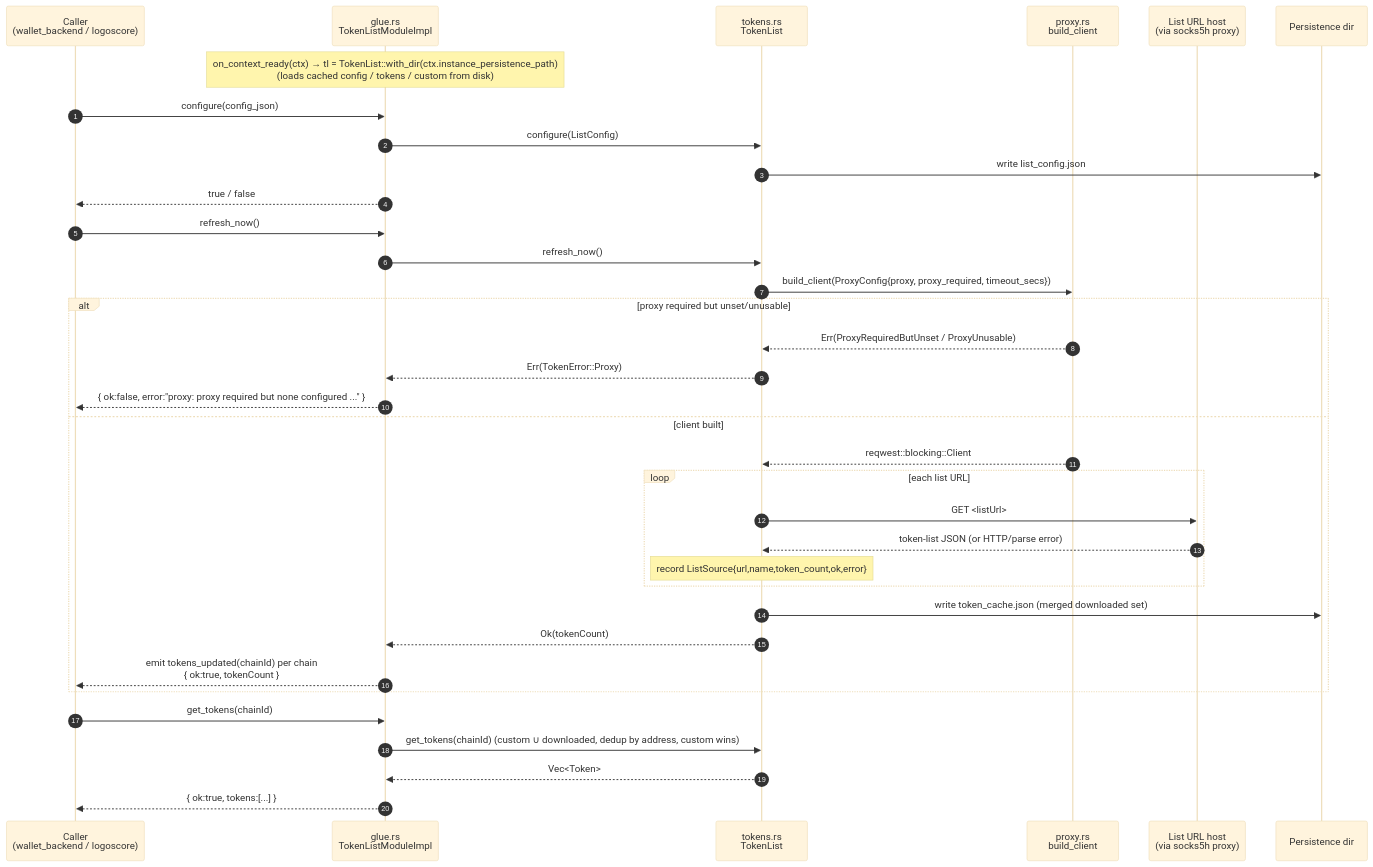
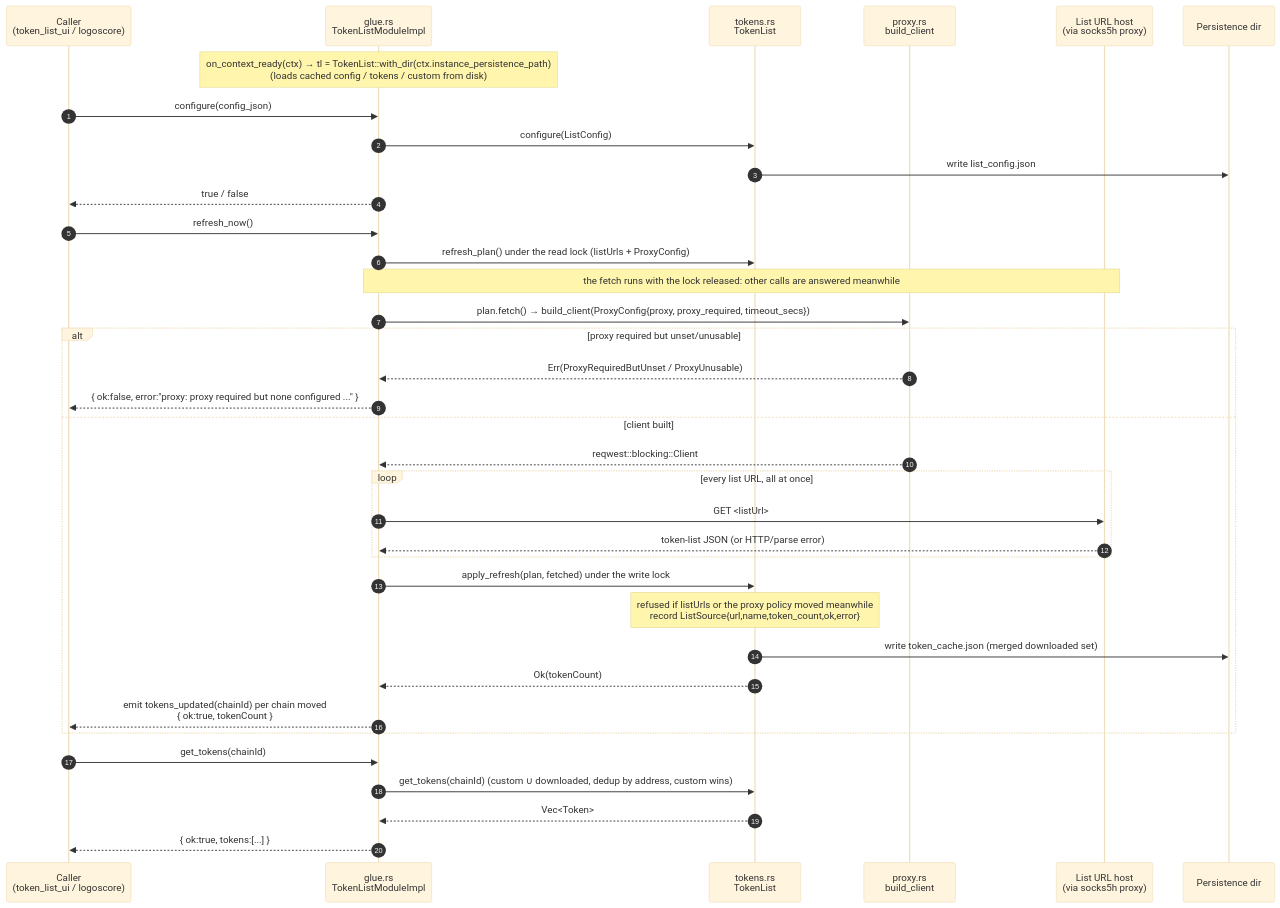
One commit to logos-co/logos-evm-token-list-module changed the second of 2 diagrams in docs/specs.md. Above: the diagram before and after it, drawn with Mermaid (base theme). The commit also changed other lines of this file and 6 other files, not shown here.

First line of the commit message:
fix: answer reads while a token list downloads (#11)

````diff
--- a/docs/specs.md
+++ b/docs/specs.md
@@ -107,41 +106,42 @@
 ```mermaid
 sequenceDiagram
     autonumber
-    participant C as Caller<br/>(wallet_backend / logoscore)
+    participant C as Caller<br/>(token_list_ui / logoscore)
     participant G as glue.rs<br/>TokenListModuleImpl
     participant T as tokens.rs<br/>TokenList
     participant P as proxy.rs<br/>build_client
     participant N as List URL host<br/>(via socks5h proxy)
     participant D as Persistence dir
 
     Note over G: on_context_ready(ctx) → tl = TokenList::with_dir(ctx.instance_persistence_path)<br/>(loads cached config / tokens / custom from disk)
 
     C->>G: configure(config_json)
     G->>T: configure(ListConfig)
     T->>D: write list_config.json
     G-->>C: true / false
 
     C->>G: refresh_now()
-    G->>T: refresh_now()
-    T->>P: build_client(ProxyConfig{proxy, proxy_required, timeout_secs})
+    G->>T: refresh_plan() under the read lock (listUrls + ProxyConfig)
+    Note over G,N: the fetch runs with the lock released: other calls are answered meanwhile
+    G->>P: plan.fetch() → build_client(ProxyConfig{proxy, proxy_required, timeout_secs})
     alt proxy required but unset/unusable
-        P-->>T: Err(ProxyRequiredButUnset / ProxyUnusable)
-        T-->>G: Err(TokenError::Proxy)
+        P-->>G: Err(ProxyRequiredButUnset / ProxyUnusable)
         G-->>C: { ok:false, error:"proxy: proxy required but none configured ..." }
     else client built
-        P-->>T: reqwest::blocking::Client
-        loop each list URL
-            T->>N: GET <listUrl>
-            N-->>T: token-list JSON (or HTTP/parse error)
-            Note over T: record ListSource{url,name,token_count,ok,error}
+        P-->>G: reqwest::blocking::Client
+        loop every list URL, all at once
+            G->>N: GET <listUrl>
+            N-->>G: token-list JSON (or HTTP/parse error)
         end
+        G->>T: apply_refresh(plan, fetched) under the write lock
+        Note over T: refused if listUrls or the proxy policy moved meanwhile<br/>record ListSource{url,name,token_count,ok,error}
         T->>D: write token_cache.json (merged downloaded set)
         T-->>G: Ok(tokenCount)
-        G-->>C: emit tokens_updated(chainId) per chain<br/>{ ok:true, tokenCount }
+        G-->>C: emit tokens_updated(chainId) per chain moved<br/>{ ok:true, tokenCount }
     end
 
     C->>G: get_tokens(chainId)
     G->>T: get_tokens(chainId)  (custom ∪ downloaded, dedup by address, custom wins)
     T-->>G: Vec<Token>
     G-->>C: { ok:true, tokens:[...] }
 ```
````
